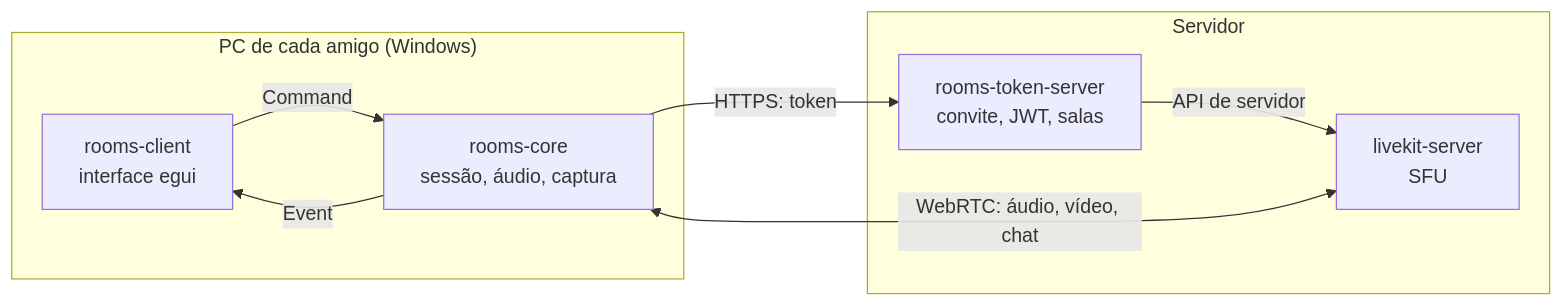
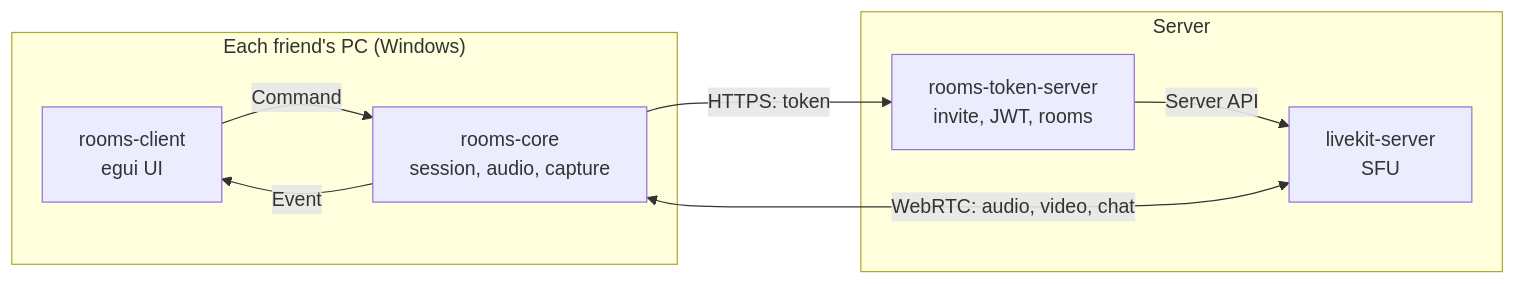
The diagram in docs/architecture.md (Pedroklg/zenha), drawn with Mermaid before and after one commit. The commit also changed other lines of this file and 7 other files, not shown here.

````diff
--- a/docs/architecture.md
+++ b/docs/architecture.md
@@ -3,16 +3,16 @@
 ```mermaid
 flowchart LR
-  subgraph PC["PC de cada amigo (Windows)"]
-    client["rooms-client<br/>interface egui"]
-    core["rooms-core<br/>sessão, áudio, captura"]
+  subgraph PC["Each friend's PC (Windows)"]
+    client["rooms-client<br/>egui UI"]
+    core["rooms-core<br/>session, audio, capture"]
     client -- Command --> core
     core -- Event --> client
   end
-  subgraph Servidor
-    token["rooms-token-server<br/>convite, JWT, salas"]
+  subgraph Server
+    token["rooms-token-server<br/>invite, JWT, rooms"]
     lk["livekit-server<br/>SFU"]
-    token -- API de servidor --> lk
+    token -- Server API --> lk
   end
   core -- "HTTPS: token" --> token
-  core <-- "WebRTC: áudio, vídeo, chat" --> lk
+  core <-- "WebRTC: audio, video, chat" --> lk
 ```
````
